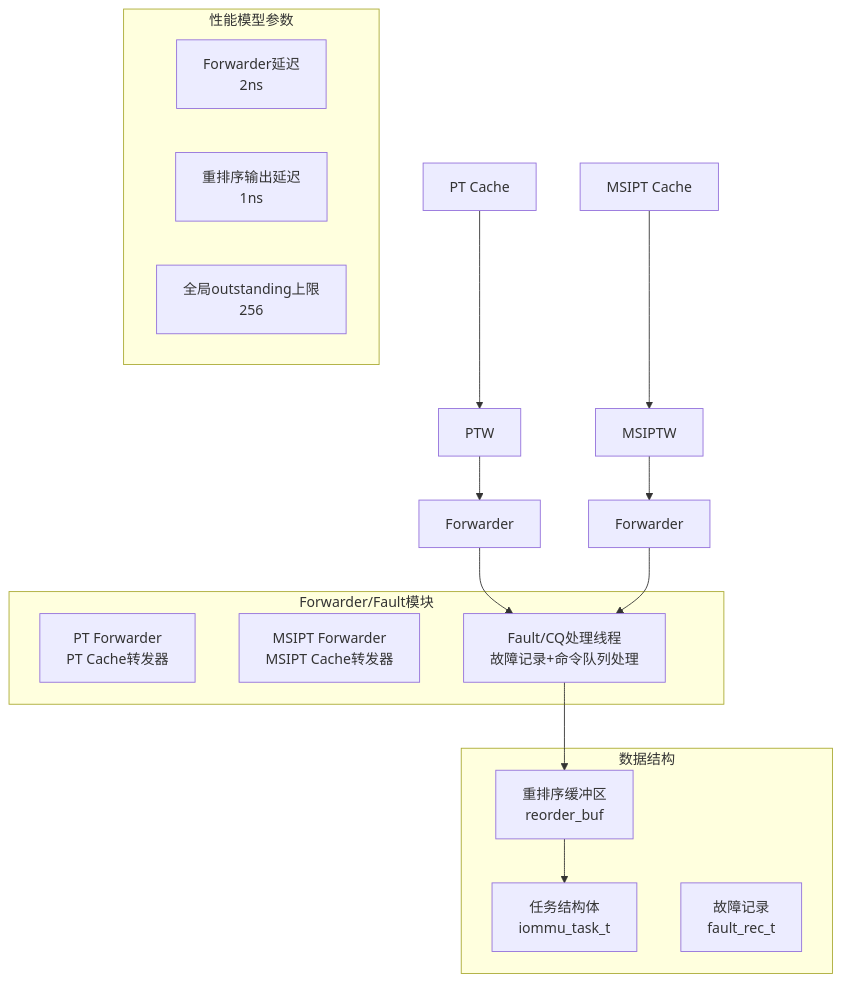
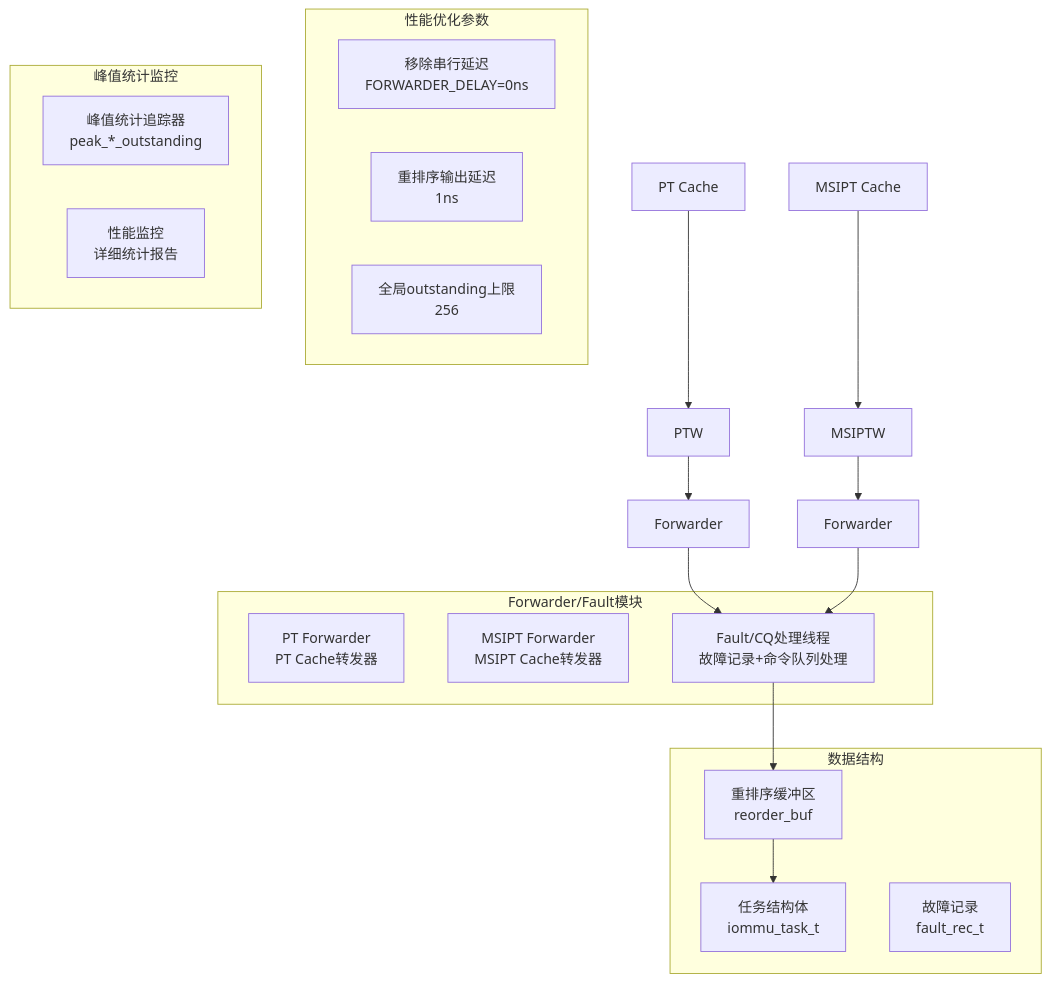
The first of 8 diagrams in .qoder/repowiki/zh/content/性能模型实现/Forwarder_Fault模块.md (jiangjiang1122/iommu_model_20260401_v1), drawn with Mermaid before and after one commit. The commit also changed other lines of this file and 48 other files, not shown here.

````diff
--- a/.qoder/repowiki/zh/content/性能模型实现/Forwarder_Fault模块.md
+++ b/.qoder/repowiki/zh/content/性能模型实现/Forwarder_Fault模块.md
@@ -35,26 +47,30 @@
 ```mermaid
 graph TB
 subgraph "Forwarder/Fault模块"
 PTF["PT Forwarder<br/>PT Cache转发器"]
 MSF["MSIPT Forwarder<br/>MSIPT Cache转发器"]
 FCQ["Fault/CQ处理线程<br/>故障记录+命令队列处理"]
 end
-subgraph "性能模型参数"
-FP["Forwarder延迟<br/>2ns"]
+subgraph "性能优化参数"
+FP["移除串行延迟<br/>FORWARDER_DELAY=0ns"]
 RD["重排序输出延迟<br/>1ns"]
 OOL["全局outstanding上限<br/>256"]
+end
+subgraph "峰值统计监控"
+PS["峰值统计追踪器<br/>peak_*_outstanding"]
+PP["性能监控<br/>详细统计报告"]
 end
 subgraph "数据结构"
 TF["任务结构体<br/>iommu_task_t"]
 FR["故障记录<br/>fault_rec_t"]
 RC["重排序缓冲区<br/>reorder_buf"]
 end
 PTW["PT Cache"] --> PTW2["PTW"]
 MSW["MSIPT Cache"] --> MSW2["MSIPTW"]
 PTW2 --> PTW3["Forwarder"]
 MSW2 --> MSW3["Forwarder"]
 PTW3 --> FCQ
 MSW3 --> FCQ
 FCQ --> RC
 RC --> TF
 ```
````
